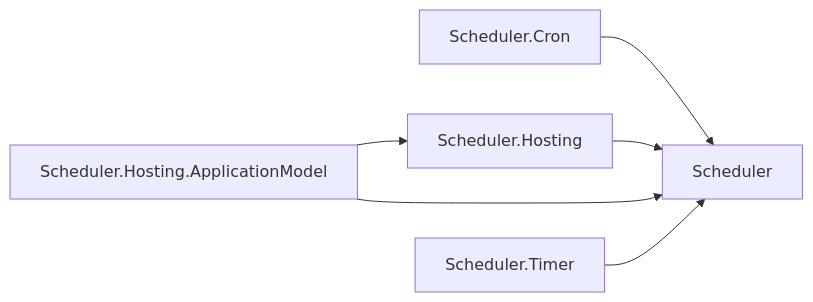
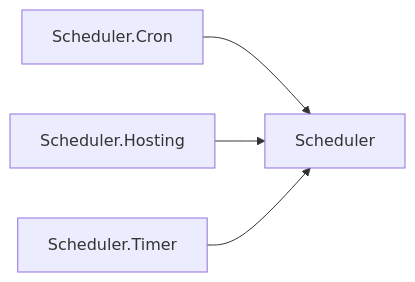
Before and after one commit to assimalign/cohesion: diagram 25 of 27 in docs/DEPENDENCIES.md, drawn with Mermaid. The commit also changed other lines of this file and 144 other files, not shown here.

First line of the commit message:
feat(fabric): add the fabric/ root with base application-model contracts

````diff
--- a/docs/DEPENDENCIES.md
+++ b/docs/DEPENDENCIES.md
@@ -946,13 +939,10 @@
 ```mermaid
 flowchart LR
     N0["Scheduler"]
     N1["Scheduler.Cron"]
     N2["Scheduler.Hosting"]
-    N3["Scheduler.Hosting.ApplicationModel"]
-    N4["Scheduler.Timer"]
+    N3["Scheduler.Timer"]
     N1 --> N0
     N2 --> N0
     N3 --> N0
-    N3 --> N2
-    N4 --> N0
 ```
````
